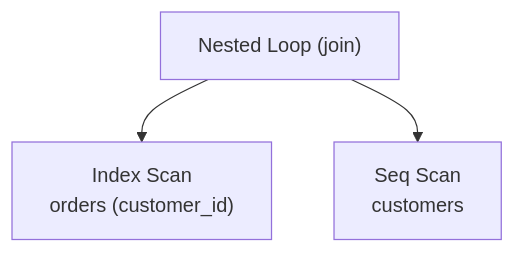
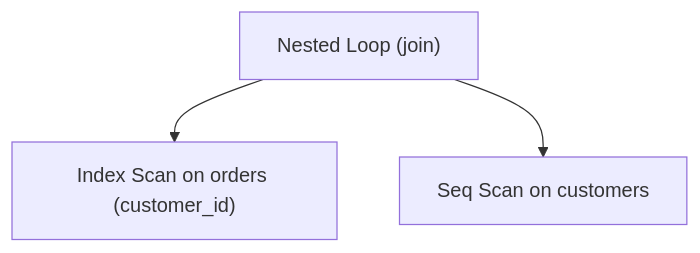
The second of 2 diagrams in src/modules/database/content/08-internals/03-query-processing.md (mohammad-mriesh-job/cortex), drawn with Mermaid before and after one commit. The commit also changed other lines of this file and 257 other files, not shown here.

````diff
--- a/src/modules/database/content/08-internals/03-query-processing.md
+++ b/src/modules/database/content/08-internals/03-query-processing.md
@@ -102,5 +102,5 @@
 ```mermaid
 flowchart TB
-  NL["Nested Loop (join)"] --> IS["Index Scan<br/>orders (customer_id)"]
-  NL --> SS["Seq Scan<br/>customers"]
+  NL["Nested Loop (join)"] --> IS["Index Scan on orders (customer_id)"]
+  NL --> SS["Seq Scan on customers"]
 ```
````
